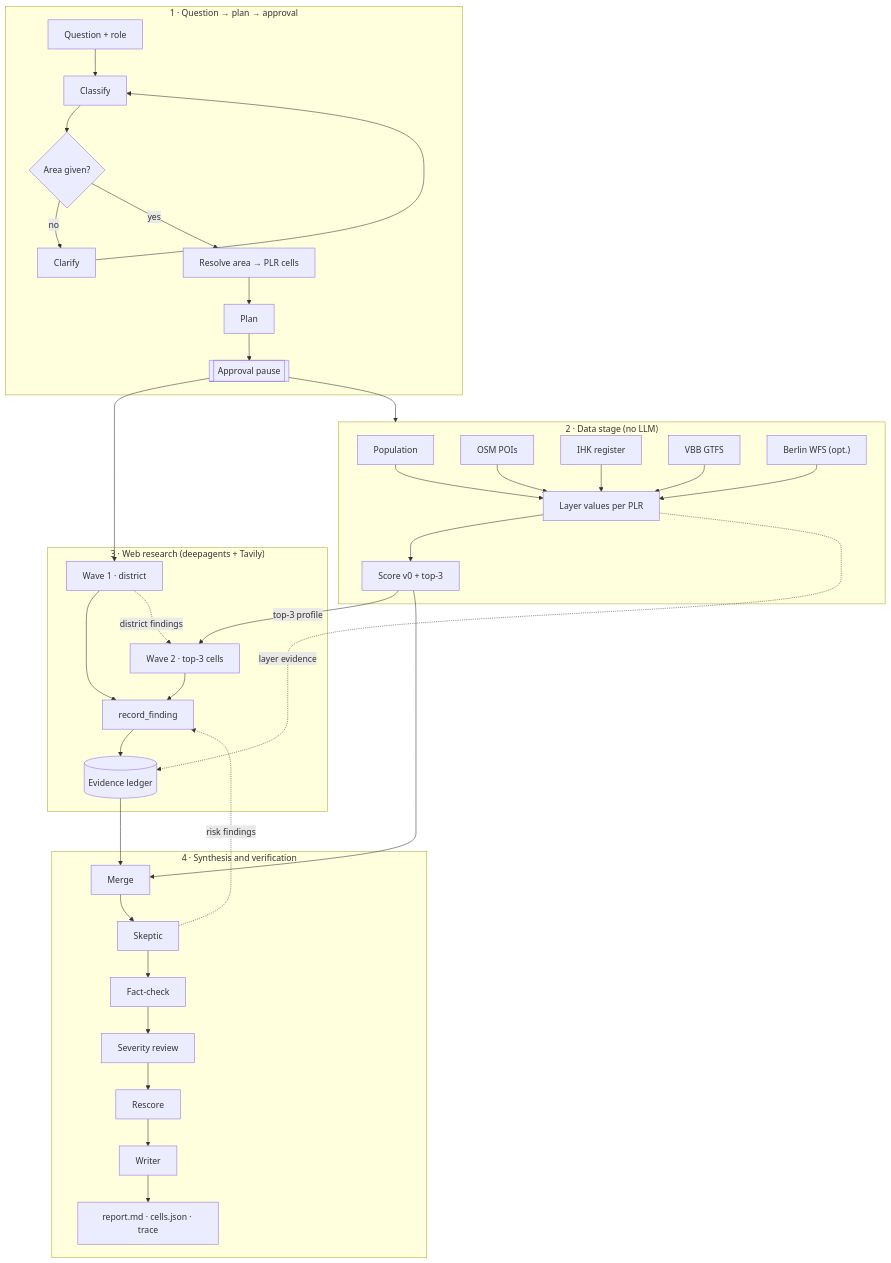
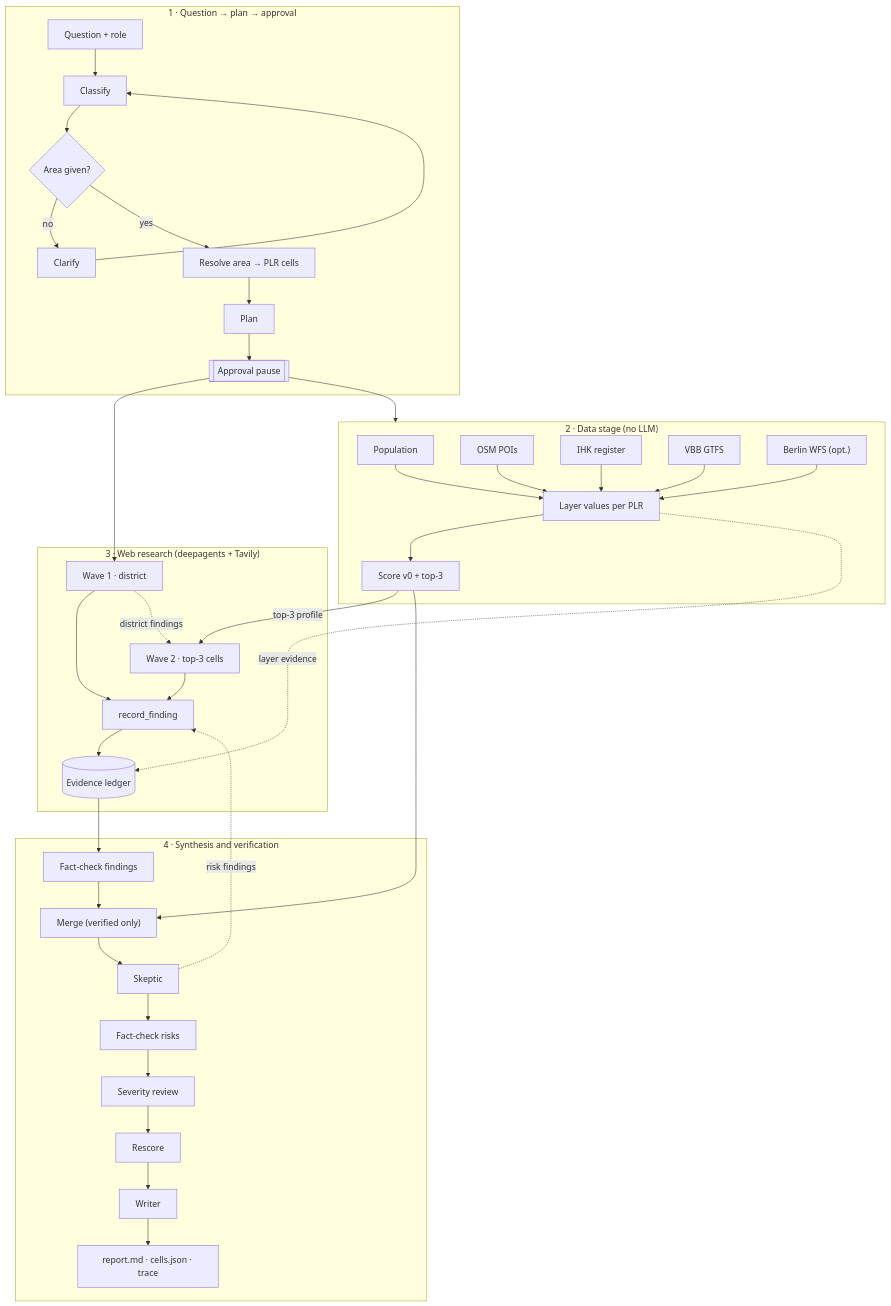
The diagram in docs/01_Architecture/Deep_Research_Spec.md (roger704/Risalite-hackathon), drawn with Mermaid before and after one commit. The commit also changed other lines of this file and 2 other files, not shown here.

Commit message:
docs: address review — run tokens, area correction at approval, untrusted content, merge after fact-check, persistent demotion rule

````diff
--- a/docs/01_Architecture/Deep_Research_Spec.md
+++ b/docs/01_Architecture/Deep_Research_Spec.md
@@ -40,32 +40,32 @@
 ```mermaid
 flowchart TB
   subgraph P1["1 · Question → plan → approval"]
     Q["Question + role"] --> C["Classify"] --> G{"Area given?"}
     G -- no --> CQ["Clarify"] --> C
     G -- yes --> A["Resolve area → PLR cells"] --> P["Plan"] --> AP[["Approval pause"]]
   end
   subgraph P2["2 · Data stage (no LLM)"]
     POP["Population"] --> LV["Layer values per PLR"]
     OSM["OSM POIs"] --> LV
     IHK["IHK register"] --> LV
     GTFS["VBB GTFS"] --> LV
     WFS["Berlin WFS (opt.)"] --> LV
     LV --> SC["Score v0 + top-3"]
   end
   subgraph P3["3 · Web research (deepagents + Tavily)"]
     W1["Wave 1 · district"] --> RF["record_finding"]
     W2["Wave 2 · top-3 cells"] --> RF
     RF --> L[("Evidence ledger")]
   end
   subgraph P4["4 · Synthesis and verification"]
-    M["Merge"] --> SK["Skeptic"] --> FC["Fact-check"] --> RV["Severity review"] --> RS["Rescore"] --> WR["Writer"] --> OUT["report.md · cells.json · trace"]
+    FC1["Fact-check findings"] --> M["Merge (verified only)"] --> SK["Skeptic"] --> FC2["Fact-check risks"] --> RV["Severity review"] --> RS["Rescore"] --> WR["Writer"] --> OUT["report.md · cells.json · trace"]
   end
   AP --> P2
   AP --> W1
   SC -- "top-3 profile" --> W2
   W1 -. "district findings" .-> W2
   LV -. "layer evidence" .-> L
-  L --> M
+  L --> FC1
   SC --> M
   SK -. "risk findings" .-> RF
 ```
````
